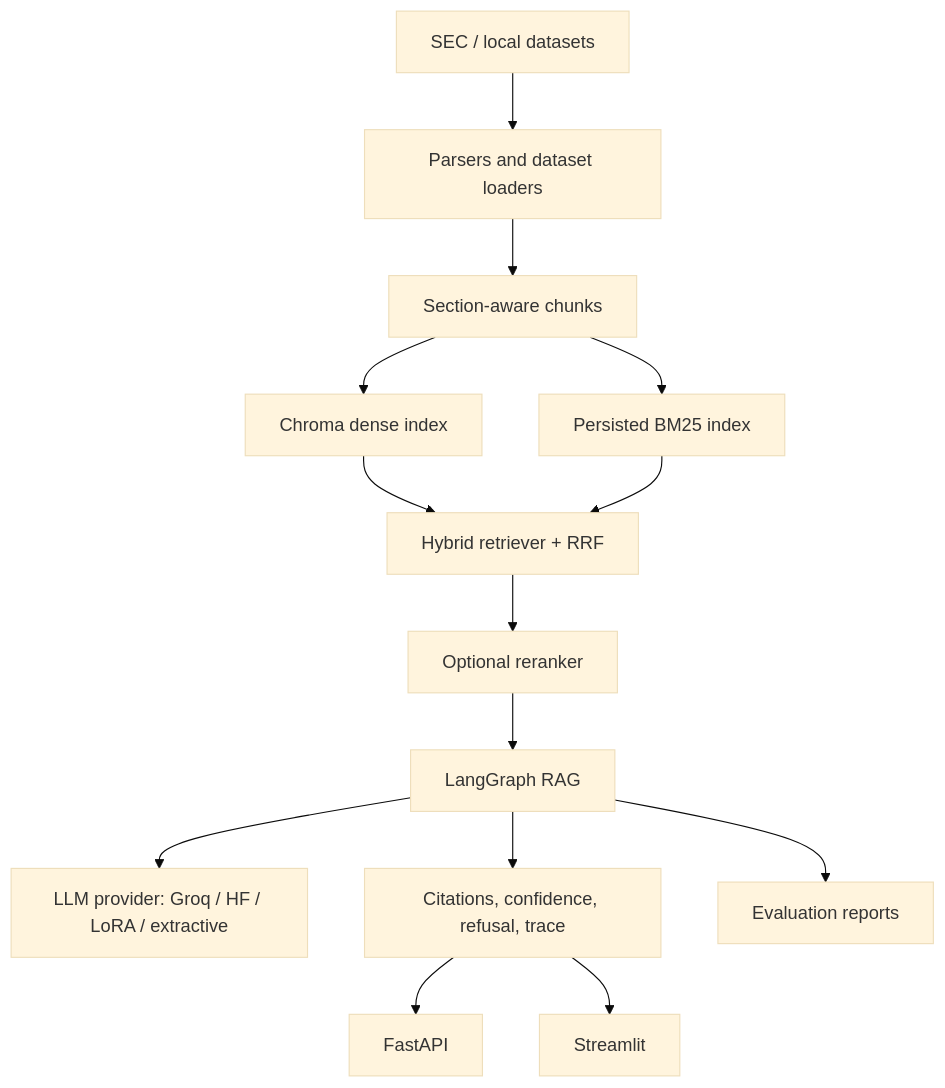
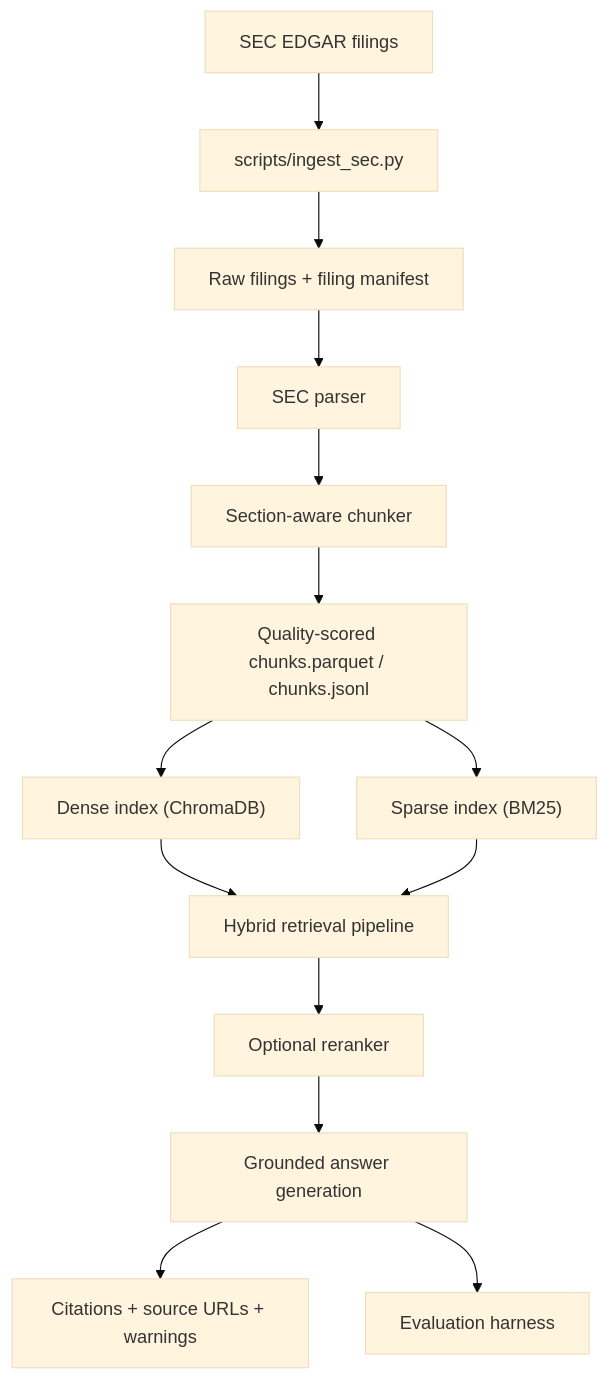
The diagram in README.md (tusharg007/financial-document-intelligence-rag), drawn with Mermaid (base theme) before and after one commit. The commit also changed other lines of this file and 8 other files, not shown here.

````diff
--- a/README.md
+++ b/README.md
@@ -80,16 +52,16 @@
 ```mermaid
 flowchart TD
-  A["SEC / local datasets"] --> B["Parsers and dataset loaders"]
-  B --> C["Section-aware chunks"]
-  C --> D["Chroma dense index"]
-  C --> E["Persisted BM25 index"]
-  D --> F["Hybrid retriever + RRF"]
-  E --> F
-  F --> G["Optional reranker"]
-  G --> H["LangGraph RAG"]
-  H --> I["LLM provider: Groq / HF / LoRA / extractive"]
-  H --> J["Citations, confidence, refusal, trace"]
-  J --> K["FastAPI"]
-  J --> L["Streamlit"]
-  H --> M["Evaluation reports"]
+    A["SEC EDGAR filings"] --> B["scripts/ingest_sec.py"]
+    B --> C["Raw filings + filing manifest"]
+    C --> D["SEC parser"]
+    D --> E["Section-aware chunker"]
+    E --> F["Quality-scored chunks.parquet / chunks.jsonl"]
+    F --> G["Dense index (ChromaDB)"]
+    F --> H["Sparse index (BM25)"]
+    G --> I["Hybrid retrieval pipeline"]
+    H --> I
+    I --> J["Optional reranker"]
+    J --> K["Grounded answer generation"]
+    K --> L["Citations + source URLs + warnings"]
+    K --> M["Evaluation harness"]
 ```
````
